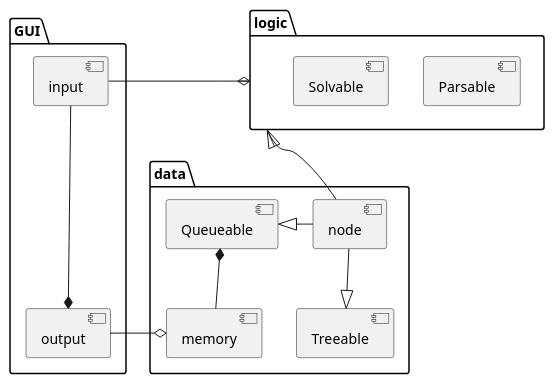
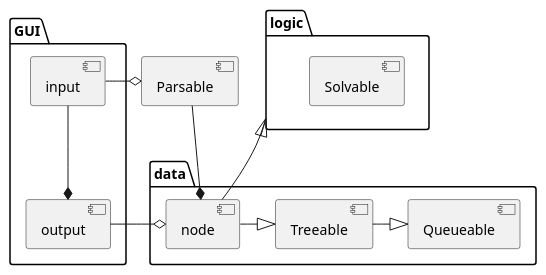
Before and after one commit to vitalispopoff/calculator: the diagram in src/docs/UML/architecture.puml, drawn with PlantUML. The commit also changed 3 other files, not shown here.

```diff
--- a/src/docs/UML/architecture.puml
+++ b/src/docs/UML/architecture.puml
@@ -1,31 +1,34 @@
 @startuml
 
 package GUI {
     component output
     component input
 }
 
 package logic {
-    component Parsable
+
     component Solvable
 
 }
 
 package data {
-    component memory
+'    component memory
     component Queueable
     component Treeable
     component node
 }
 
-[input]     -right-o    logic
+component Parsable
+
+[input]     -right-o    [Parsable]
+[Parsable] -down-* [node]
 logic       <|-down-    [node]
-[output]    *-up--      [input]
-[output]    -right-o    [memory]
+[output]    *-up-      [input]
+[output]    -right-o    [node]
 
-[Queueable] *-down-     [memory]
 
-[node]  -left-|>    [Queueable]
-[node]  -down-|>    [Treeable]
+[Queueable] <|-left- [Treeable]
+
+[node]  -right-|>    [Treeable]
 
 @enduml
```
